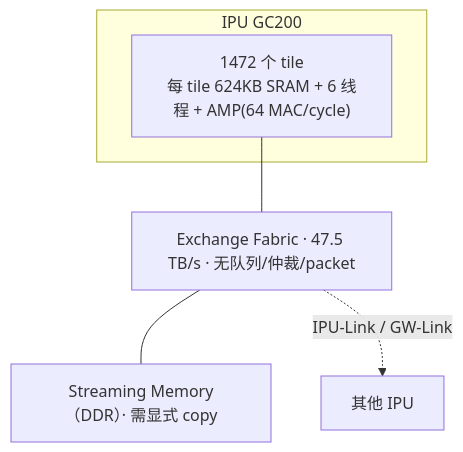
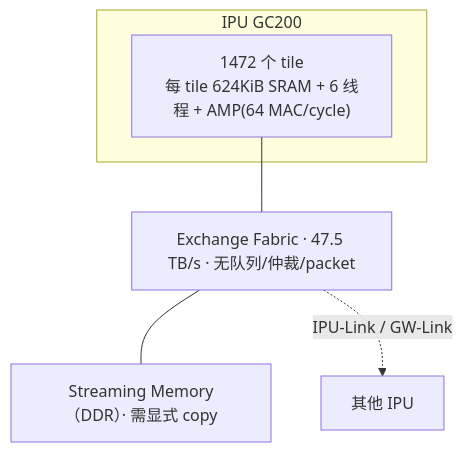
One commit to microarch-flow/wiki changed diagram 13 of 17 in series/chip-architectures/云端推理芯片架构横向对比报告.md. Above: the diagram before and after it, drawn with Mermaid. The commit also changed other lines of this file and 7 other files, not shown here.

````diff
--- a/series/chip-architectures/云端推理芯片架构横向对比报告.md
+++ b/series/chip-architectures/云端推理芯片架构横向对比报告.md
@@ -415,9 +417,9 @@
 ```mermaid
 graph TB
   subgraph IPU["IPU GC200"]
-    T["1472 个 tile<br/>每 tile 624KB SRAM + 6 线程 + AMP(64 MAC/cycle)"]
+    T["1472 个 tile<br/>每 tile 624KiB SRAM + 6 线程 + AMP(64 MAC/cycle)"]
   end
   T --- EX["Exchange Fabric · 47.5 TB/s · 无队列/仲裁/packet"]
   EX --- DDR["Streaming Memory（DDR）· 需显式 copy"]
   EX -.->|IPU-Link / GW-Link| IPU2["其他 IPU"]
 ```
````
